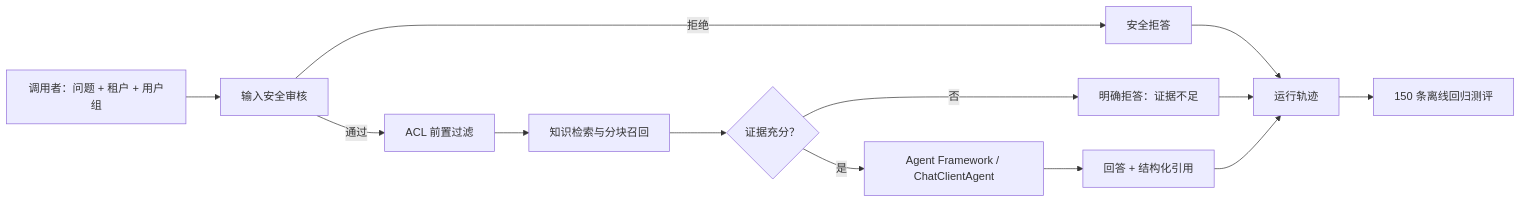
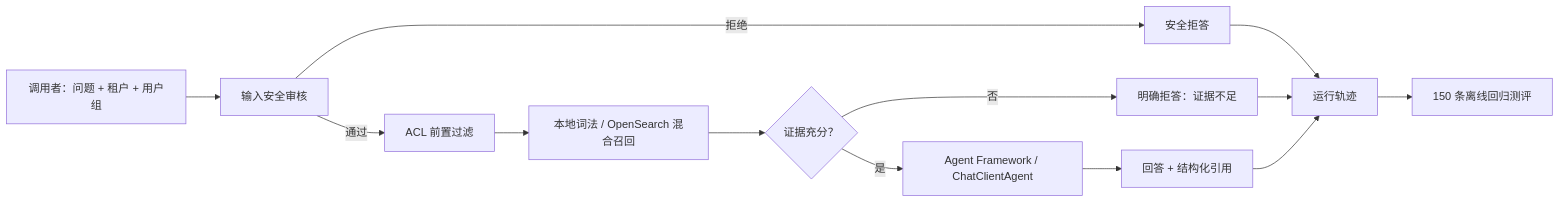
One commit to xiaocaiisxiaocai/AiMentor changed the diagram in README.md. Above: the diagram before and after it, drawn with Mermaid. The commit also changed other lines of this file and 8 other files, not shown here.

Commit message:
feat: 增加 OpenSearch 混合检索适配器

````diff
--- a/README.md
+++ b/README.md
@@ -16,15 +16,15 @@
 ```mermaid
 flowchart LR
     U["调用者：问题 + 租户 + 用户组"] --> S["输入安全审核"]
     S -->|拒绝| R["安全拒答"]
     S -->|通过| A["ACL 前置过滤"]
-    A --> K["知识检索与分块召回"]
+    A --> K["本地词法 / OpenSearch 混合召回"]
     K --> G{"证据充分？"}
     G -->|否| N["明确拒答：证据不足"]
     G -->|是| M["Agent Framework / ChatClientAgent"]
     M --> C["回答 + 结构化引用"]
     R --> T["运行轨迹"]
     N --> T
     C --> T
     T --> E["150 条离线回归测评"]
 ```
````
